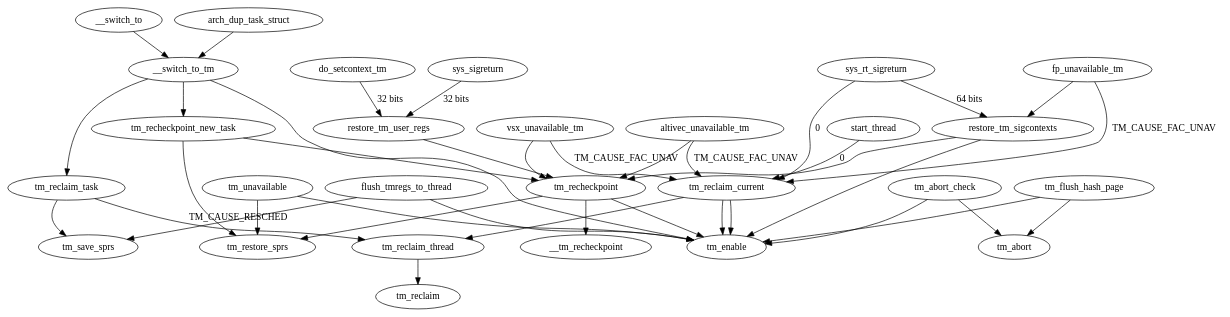
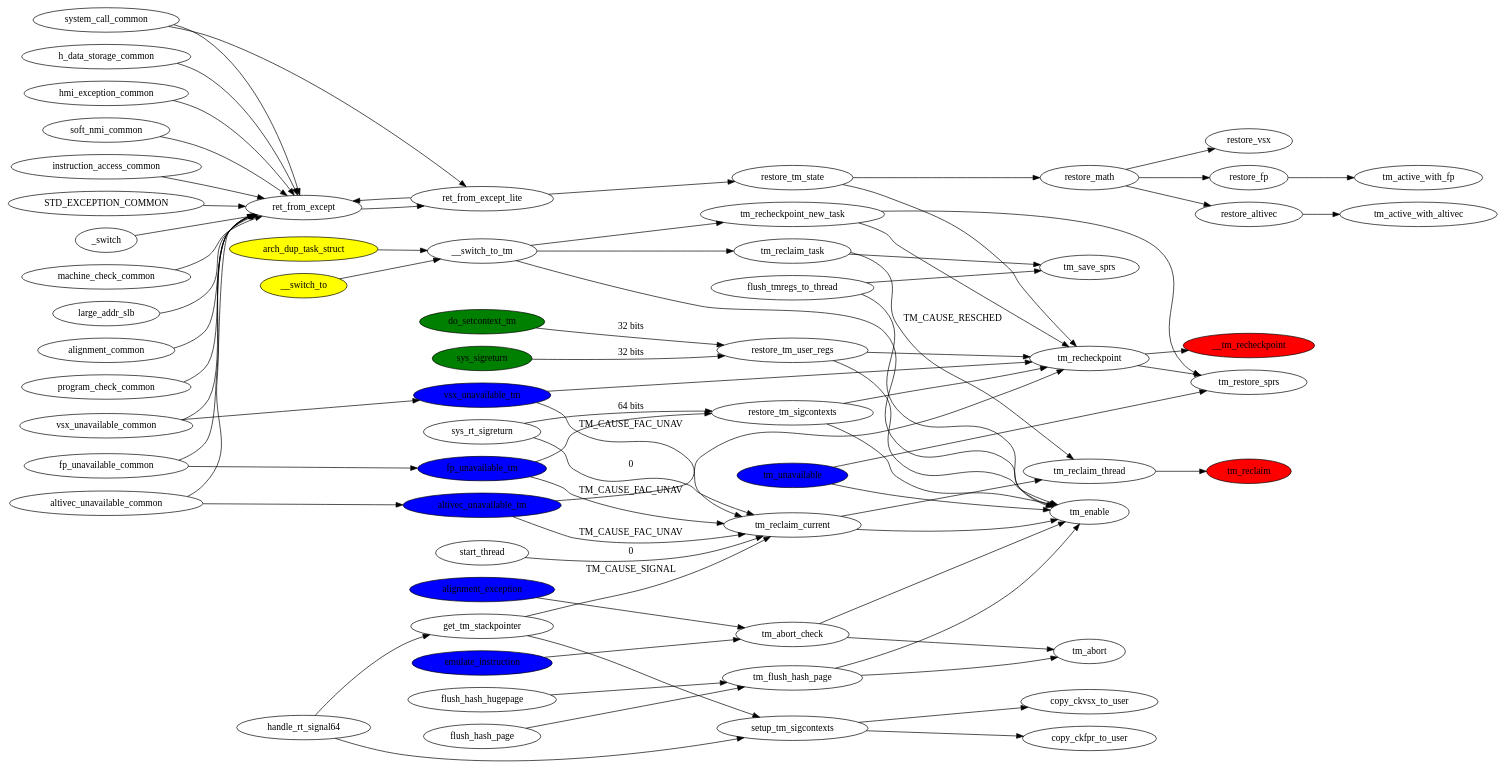
The diagram in complete.dot (leitao/htm_flow), drawn with Graphviz before and after one commit. The commit also changed 6 other files, not shown here.

```diff
--- a/complete.dot
+++ b/complete.dot
@@ -1,58 +1,179 @@
 digraph {
+
+	rankdir=LR;
+
 	tm_recheckpoint_new_task -> tm_recheckpoint;
 	restore_tm_user_regs -> tm_recheckpoint;
 	fp_unavailable_tm	-> restore_tm_sigcontexts;
 	altivec_unavailable_tm  -> tm_recheckpoint;
 	vsx_unavailable_tm	-> tm_recheckpoint;
 
 
 	sys_rt_sigreturn	-> restore_tm_sigcontexts[label="64 bits"];
 
 	do_setcontext_tm	-> restore_tm_user_regs[label="32 bits"];
 	sys_sigreturn		->restore_tm_user_regs[label="32 bits"];
 
 	__switch_to_tm		-> tm_recheckpoint_new_task;
-	__switch_to_tm		-> tm_enable;
 
 	restore_tm_sigcontexts  -> tm_recheckpoint;	
 	
 	
 	/* tm_enable */
 	tm_unavailable		-> tm_enable;
 	tm_reclaim_current	-> tm_enable;
 	restore_tm_sigcontexts	-> tm_enable;
 	tm_abort_check		-> tm_enable;
 	tm_flush_hash_page	-> tm_enable;
-	tm_recheckpoint		-> tm_enable;
-	tm_recheckpoint		-> __tm_recheckpoint;
+	__switch_to_tm		-> tm_enable;
+	restore_tm_user_regs	-> tm_enable;
+	tm_recheckpoint		-> __tm_recheckpoint
+
+
+	flush_hash_page		-> tm_flush_hash_page;
+	flush_hash_hugepage	-> tm_flush_hash_page;
 
 	// restore_spr 
 	tm_recheckpoint_new_task -> tm_restore_sprs;
 	tm_recheckpoint		-> tm_restore_sprs;
 	tm_unavailable		-> tm_restore_sprs;
 	
 	flush_tmregs_to_thread -> tm_save_sprs;
 	flush_tmregs_to_thread	-> tm_enable;
 	
 	tm_abort_check	-> tm_abort;
 	tm_flush_hash_page -> tm_abort;
 
 
 	tm_reclaim_thread -> 	tm_reclaim;
 
 	tm_reclaim_current -> 	tm_reclaim_thread;
 	tm_reclaim_task -> 	tm_reclaim_thread[label="TM_CAUSE_RESCHED"];
 	tm_reclaim_task -> 	tm_save_sprs;
 	start_thread ->		tm_reclaim_current[label="0"];
 	sys_rt_sigreturn -> 	tm_reclaim_current[label="0"];
 	fp_unavailable_tm -> 	tm_reclaim_current[label="TM_CAUSE_FAC_UNAV"];
 	altivec_unavailable_tm->tm_reclaim_current[label="TM_CAUSE_FAC_UNAV"];
 	vsx_unavailable_tm ->   tm_reclaim_current[label="TM_CAUSE_FAC_UNAV"];
-	tm_reclaim_current ->   tm_enable;
+	fp_unavailable_common	-> fp_unavailable_tm;
+	altivec_unavailable_common -> altivec_unavailable_tm;
+	vsx_unavailable_common ->   vsx_unavailable_tm;
+	
+	
+	/* The syscall_comon is aborted if MSR[TS] is set */
+	ret_from_except_lite	-> restore_tm_state;
+	restore_tm_state	-> tm_recheckpoint;
+	restore_tm_state	-> restore_math;
+
+
+	restore_math 		-> restore_fp;
+	restore_math		-> restore_altivec;
+	restore_math		-> restore_vsx;
+
+	restore_fp		-> tm_active_with_fp;
+	restore_altivec		-> tm_active_with_altivec;
+
+	__switch_to_tm 		-> tm_reclaim_task;
+	__switch_to 		-> __switch_to_tm;
+	arch_dup_task_struct 	-> __switch_to_tm;
 	
 
-	__switch_to_tm -> tm_reclaim_task;
-	__switch_to -> __switch_to_tm;
-	arch_dup_task_struct -> __switch_to_tm;
 
+	emulate_instruction -> tm_abort_check;
+	alignment_exception -> tm_abort_check;
+
+	
+	/* Signal */
+	get_tm_stackpointer	-> tm_reclaim_current[label="TM_CAUSE_SIGNAL"];
+	get_tm_stackpointer	-> setup_tm_sigcontexts;
+	handle_rt_signal64	-> get_tm_stackpointer;
+	handle_rt_signal64	-> setup_tm_sigcontexts;
+	setup_tm_sigcontexts	-> copy_ckfpr_to_user;
+	setup_tm_sigcontexts	-> copy_ckvsx_to_user;
+
+	/* IRQ path */
+	system_call_common	-> ret_from_except_lite;
+	ret_from_except		-> ret_from_except_lite;
+	STD_EXCEPTION_COMMON	-> ret_from_except;
+	system_call_common	-> ret_from_except;
+	ret_from_except_lite	-> ret_from_except;
+	_switch			-> ret_from_except;
+	machine_check_common	-> ret_from_except;
+	large_addr_slb		-> ret_from_except;
+	alignment_common	-> ret_from_except;
+	program_check_common	-> ret_from_except;
+	fp_unavailable_common	-> ret_from_except;
+	h_data_storage_common	-> ret_from_except;
+	hmi_exception_common 	-> ret_from_except;
+	altivec_unavailable_common     -> ret_from_except;
+	vsx_unavailable_common 	-> ret_from_except;
+	soft_nmi_common		-> ret_from_except;
+	instruction_access_common -> ret_from_except;
+
+	/* Give ups
+	giveup_fpu            -> check_if_tm_restore_required;
+	enable_kernel_fp      -> check_if_tm_restore_required;
+	giveup_altivec        -> check_if_tm_restore_required;
+	enable_kernel_altivec -> check_if_tm_restore_required;
+	giveup_vsx            -> check_if_tm_restore_required;
+	enable_kernel_vsx     -> check_if_tm_restore_required;
+	giveup_spe            -> check_if_tm_restore_required;
+	enable_kernel_spe     -> check_if_tm_restore_required;
+	giveup_all            -> check_if_tm_restore_required;
+	*/
+
+/*
+	vsr_get			-> flush_tmregs_to_thread;
+	vsr_set			-> flush_tmregs_to_thread;
+	tm_cgpr_get		-> flush_tmregs_to_thread;
+	tm_cgpr_set		-> flush_tmregs_to_thread;
+	tm_cfpr_get		-> flush_tmregs_to_thread;
+	tm_cfpr_set		-> flush_tmregs_to_thread;
+	tm_cvmx_get		-> flush_tmregs_to_thread;
+	tm_cvmx_set		-> flush_tmregs_to_thread;
+	tm_cvsx_get		-> flush_tmregs_to_thread;
+	tm_cvsx_set		-> flush_tmregs_to_thread;
+	tm_spr_get		-> flush_tmregs_to_thread;
+	tm_spr_set		-> flush_tmregs_to_thread;
+*/
+
+
+	/* Final states */
+	__tm_recheckpoint 	[style=filled, fillcolor=red]
+	tm_reclaim 		[style=filled, fillcolor=red]
+
+	// Context switch
+	__switch_to		[style=filled, fillcolor=yellow]
+	arch_dup_task_struct 	[style=filled, fillcolor=yellow]
+
+	// IRQ
+	fp_unavailable_tm	[style=filled, fillcolor=blue]
+	tm_unavailable		[style=filled, fillcolor=blue]
+	vsx_unavailable_tm	[style=filled, fillcolor=blue]
+	altivec_unavailable_tm	[style=filled, fillcolor=blue]
+	emulate_instruction     [style=filled, fillcolor=blue]
+	alignment_exception     [style=filled, fillcolor=blue]
+
+	// Signal handler
+	sys_sigreturn		[style=filled, fillcolor=green]
+	do_setcontext_tm	[style=filled, fillcolor=green]
+
+
+
+/*
+	//ptrace
+	vsr_get			[style=filled, fillcolor=cyan]
+	vsr_set			[style=filled, fillcolor=cyan] 
+	tm_cgpr_get		[style=filled, fillcolor=cyan] 
+	tm_cgpr_set		[style=filled, fillcolor=cyan] 
+	tm_cfpr_get		[style=filled, fillcolor=cyan] 
+	tm_cfpr_set		[style=filled, fillcolor=cyan] 
+	tm_cvmx_get		[style=filled, fillcolor=cyan] 
+	tm_cvmx_set		[style=filled, fillcolor=cyan] 
+	tm_cvsx_get		[style=filled, fillcolor=cyan] 
+	tm_cvsx_set		[style=filled, fillcolor=cyan] 
+	tm_spr_get		[style=filled, fillcolor=cyan] 
+	tm_spr_set		[style=filled, fillcolor=cyan] 
+
+*/
 }
```
